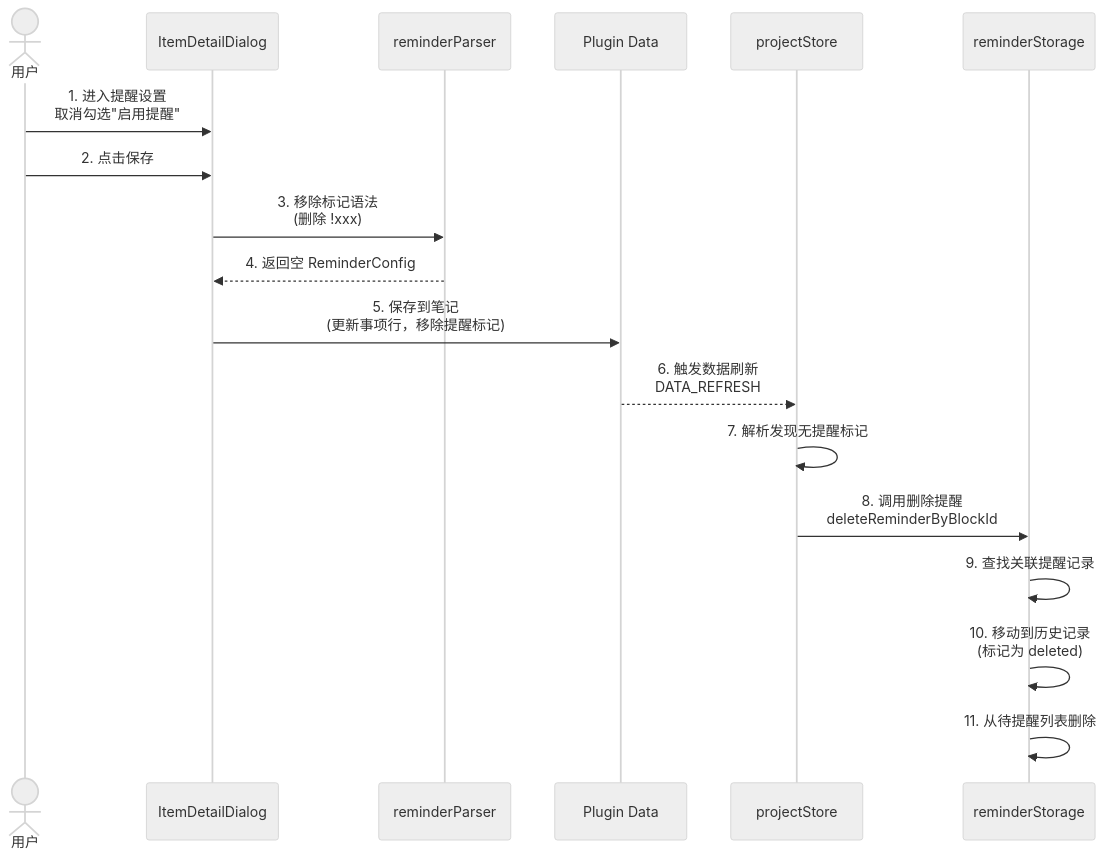
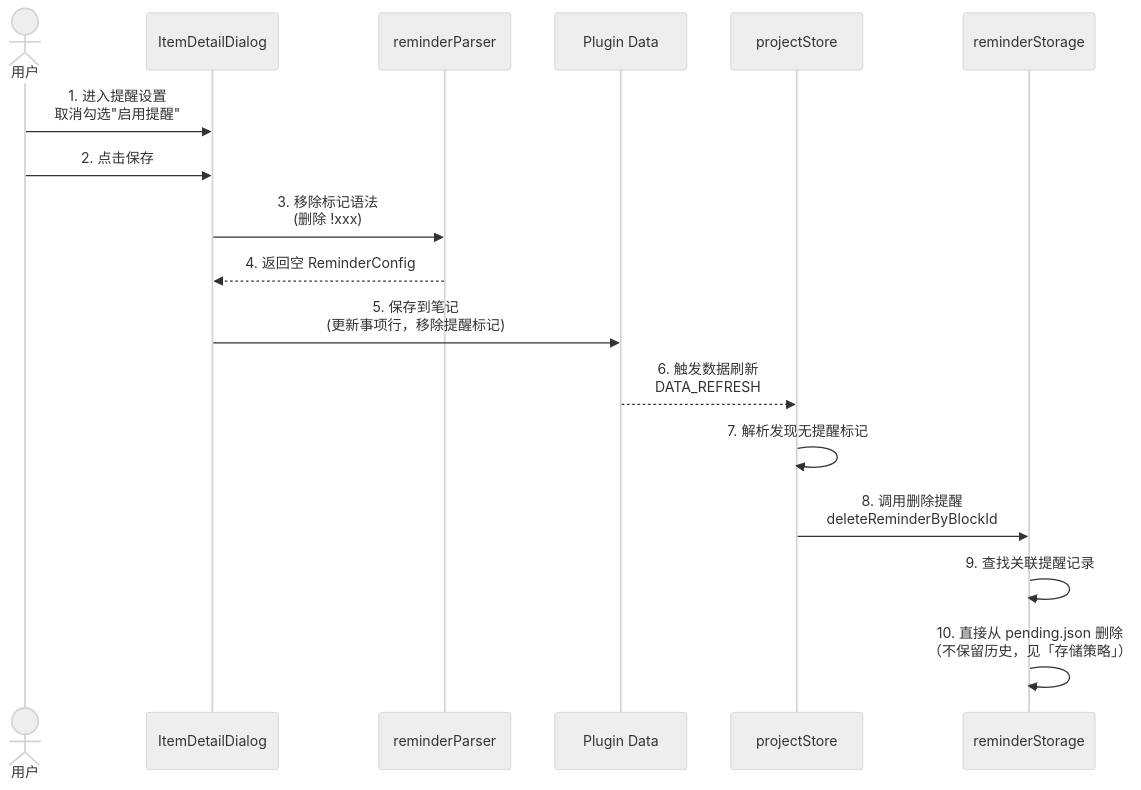
Before and after one commit to MoonBottle/siyuan-plugin-bullet-journal: the fifth of 7 diagrams in docs/prd/reminder.md, drawn with Mermaid (neutral theme). The commit also changed other lines of this file, not shown here.

````diff
--- a/docs/prd/reminder.md
+++ b/docs/prd/reminder.md
@@ -217,21 +241,20 @@
 ```mermaid
 sequenceDiagram
     actor U as 用户
     participant D as ItemDetailDialog
     participant P as reminderParser
     participant PD as Plugin Data
     participant PS as projectStore
     participant ST as reminderStorage
 
     U->>D: 1. 进入提醒设置<br/>取消勾选"启用提醒"
     U->>D: 2. 点击保存
     D->>P: 3. 移除标记语法<br/>(删除 !xxx)
     P-->>D: 4. 返回空 ReminderConfig
     D->>PD: 5. 保存到笔记<br/>(更新事项行，移除提醒标记)
     PD-->>PS: 6. 触发数据刷新<br/>DATA_REFRESH
     PS->>PS: 7. 解析发现无提醒标记
     PS->>ST: 8. 调用删除提醒<br/>deleteReminderByBlockId
     ST->>ST: 9. 查找关联提醒记录
-    ST->>ST: 10. 移动到历史记录<br/>(标记为 deleted)
-    ST->>ST: 11. 从待提醒列表删除
+    ST->>ST: 10. 直接从 pending.json 删除<br/>（不保留历史，见「存储策略」）
 ```
````
